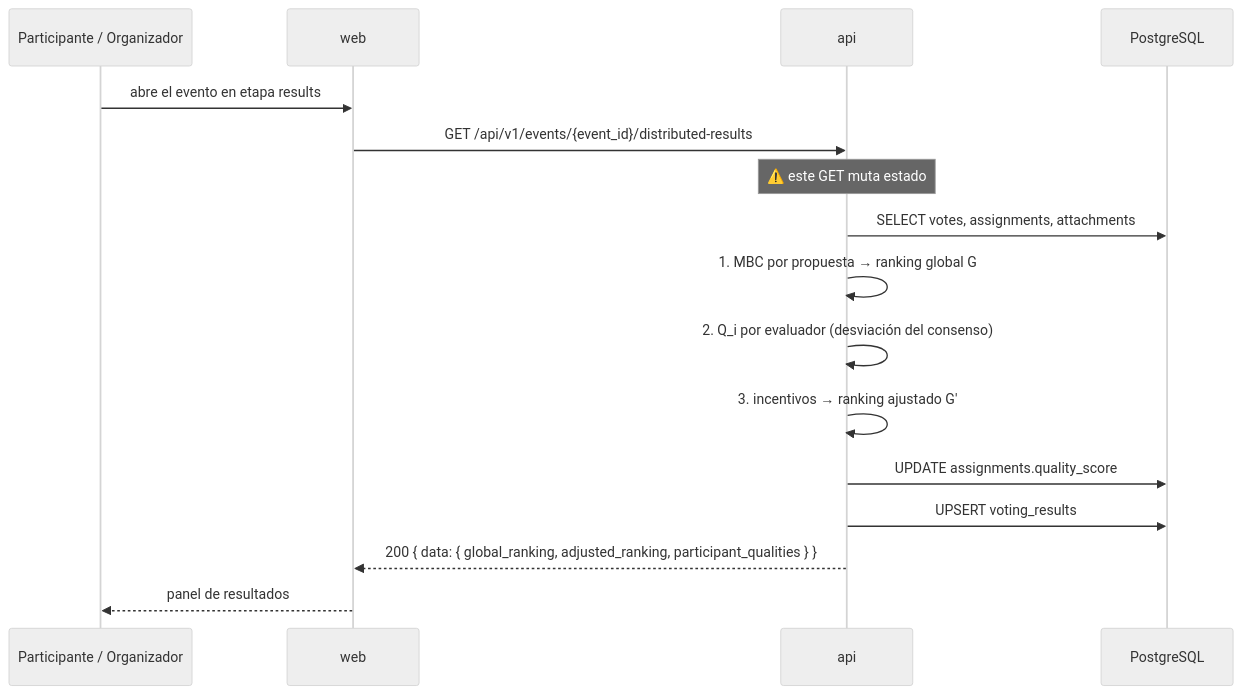
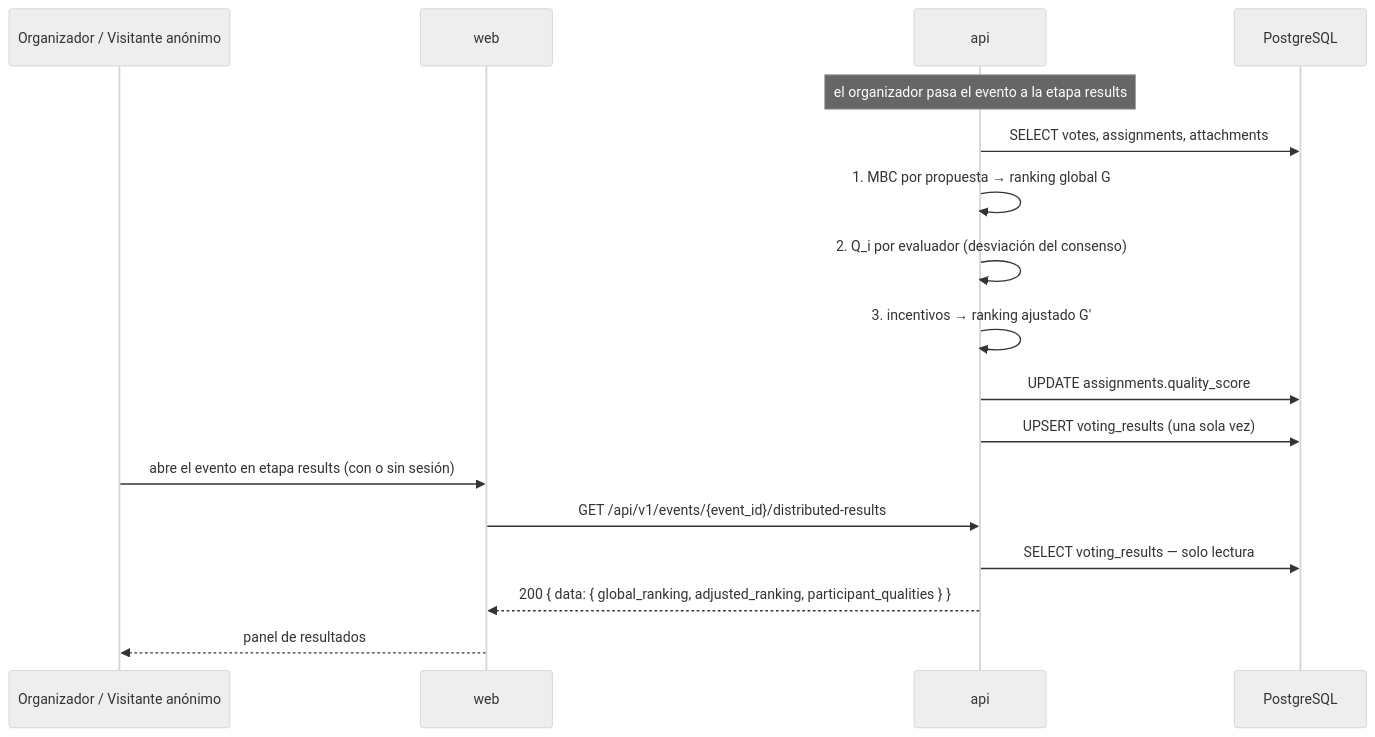
Before and after one commit to gravadigital/telescope: the diagram in docs/flows/calculo-y-publicacion-de-resultados.md, drawn with Mermaid (neutral theme). The commit also changed other lines of this file and 11 other files, not shown here.

Commit message:
resultados públicos de solo lectura y fixes de UI (modal participantes, refresh organizador)

````diff
--- a/docs/flows/calculo-y-publicacion-de-resultados.md
+++ b/docs/flows/calculo-y-publicacion-de-resultados.md
@@ -38,20 +38,21 @@
 ```mermaid
 sequenceDiagram
-    participant U as Participante / Organizador
+    participant U as Organizador / Visitante anónimo
     participant WEB as web
     participant API as api
     participant DB as PostgreSQL
 
-    U->>WEB: abre el evento en etapa results
-    WEB->>API: GET /api/v1/events/{event_id}/distributed-results
-
-    Note over API: ⚠️ este GET muta estado
+    Note over API: el organizador pasa el evento a la etapa results
     API->>DB: SELECT votes, assignments, attachments
     API->>API: 1. MBC por propuesta → ranking global G
     API->>API: 2. Q_i por evaluador (desviación del consenso)
     API->>API: 3. incentivos → ranking ajustado G'
     API->>DB: UPDATE assignments.quality_score
-    API->>DB: UPSERT voting_results
+    API->>DB: UPSERT voting_results (una sola vez)
+
+    U->>WEB: abre el evento en etapa results (con o sin sesión)
+    WEB->>API: GET /api/v1/events/{event_id}/distributed-results
+    API->>DB: SELECT voting_results — solo lectura
     API-->>WEB: 200 { data: { global_ranking, adjusted_ranking, participant_qualities } }
     WEB-->>U: panel de resultados
 ```
````
